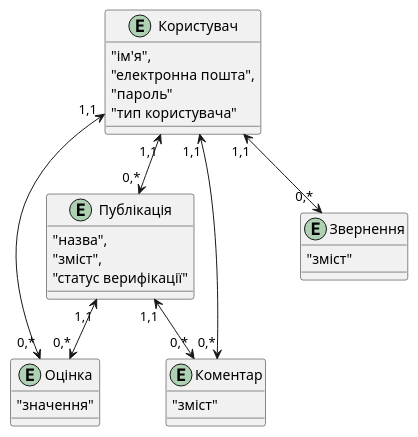
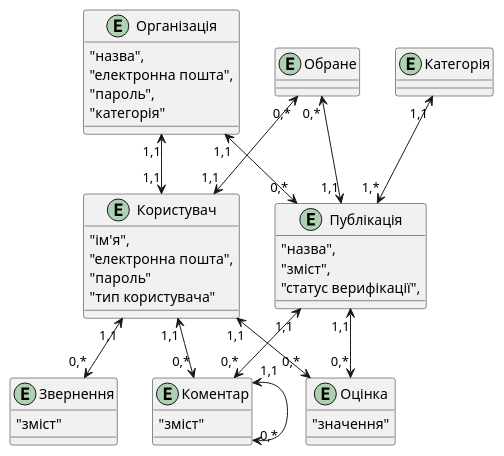
The diagram in ER-Model/Diagrams/stub-1.puml (yehorbk/kpi-programming), drawn with PlantUML before and after one commit.

```diff
--- a/ER-Model/Diagrams/stub-1.puml
+++ b/ER-Model/Diagrams/stub-1.puml
@@ -1,30 +1,52 @@
 @startuml
 entity Користувач {
     "ім'я",
     "електронна пошта",
     "пароль"
     "тип користувача"
 }
 
 entity Оцінка {
     "значення"
 }
 entity Коментар {
     "зміст"
 }
 entity Публікація {
     "назва",
     "зміст",
-    "статус верифікації"
+    "статус верифікації",
+
 }
+
 entity Звернення {
     "зміст"
 }
 
-Користувач "1,1"<-->"0,*" Публікація
+entity Обране {
+}
+
+entity Організація {
+    "назва",
+    "електронна пошта",
+    "пароль",
+    "категорія"
+
+}
+
+entity Категорія {
+
+}
+
+Організація "1,1"<-->"1,1" Користувач
+Категорія "1,1"<-->"1,*" Публікація
+Організація "1,1"<-->"0,*" Публікація
+Користувач "1,1"<-->"0,*" Коментар
+Публікація "1,1"<-->"0,*" Коментар
+Коментар "1,1"<-->"0,*" Коментар
+Користувач "1,1"<-->"0,*" Оцінка
 Публікація "1,1"<-->"0,*" Оцінка
-Публікація "1,1"<-->"0,*" Коментар
-Користувач "1,1"<-->"0,*" Оцінка
-Користувач "1,1"<-->"0,*" Коментар
+Обране "0,*"<-->"1,1" Користувач
+Обране "0,*"<-->"1,1" Публікація
 Користувач "1,1"<-->"0,*" Звернення
 @enduml
```
